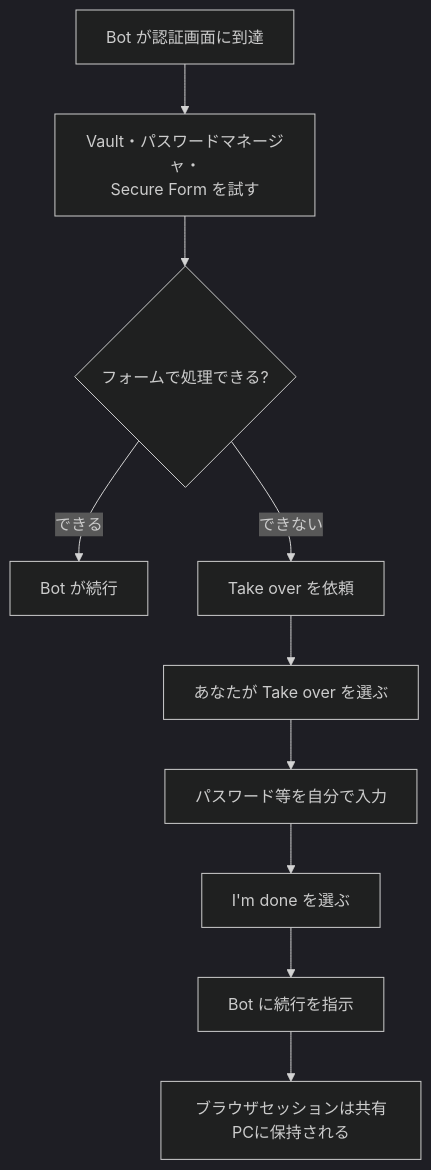
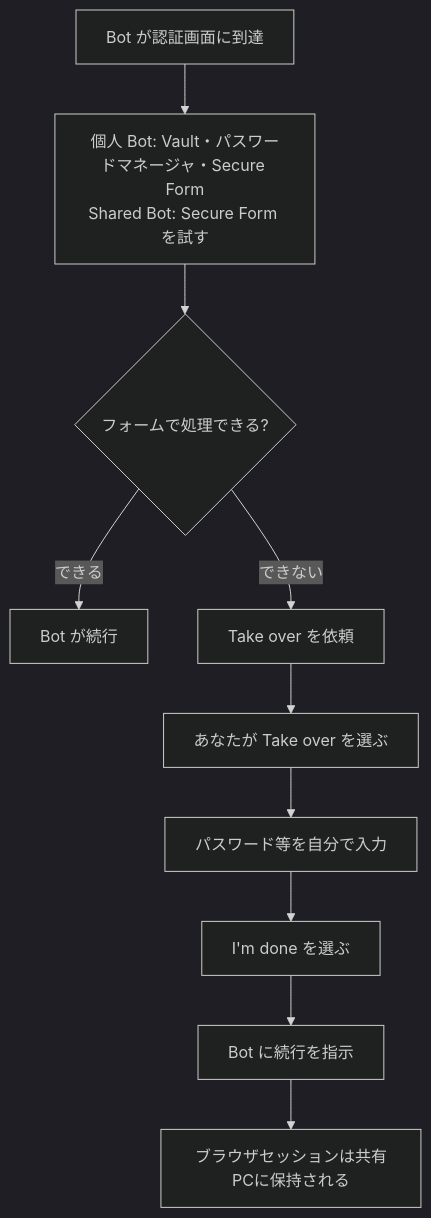
One commit to myoshi2891/Comparison-of-LLMs changed the fifth of 11 diagrams in Xai-grok-bot-guide.md. Above: the diagram before and after it, drawn with Mermaid (dark theme). The commit also changed other lines of this file and 3 other files, not shown here.

First line of the commit message:
docs: clarify dots Auto-review sources, Grok Bot shared/personal bot scope, Antigravity 1.1.0 Plan Mode flag

````diff
--- a/Xai-grok-bot-guide.md
+++ b/Xai-grok-bot-guide.md
@@ -329,12 +329,12 @@
 ```mermaid
 flowchart TD
-    A["Bot が認証画面に到達"] --> V["Vault・パスワードマネージャ・<br/>Secure Form を試す"]
+    A["Bot が認証画面に到達"] --> V["個人 Bot: Vault・パスワードマネージャ・Secure Form<br/>Shared Bot: Secure Form を試す"]
     V --> Q{"フォームで処理できる?"}
     Q -- "できる" --> OK["Bot が続行"]
     Q -- "できない" --> B["Take over を依頼"]
     B --> C["あなたが Take over を選ぶ"]
     C --> D["パスワード等を自分で入力"]
     D --> E["I'm done を選ぶ"]
     E --> F["Bot に続行を指示"]
     F --> G["ブラウザセッションは共有PCに保持される"]
 ```
````
